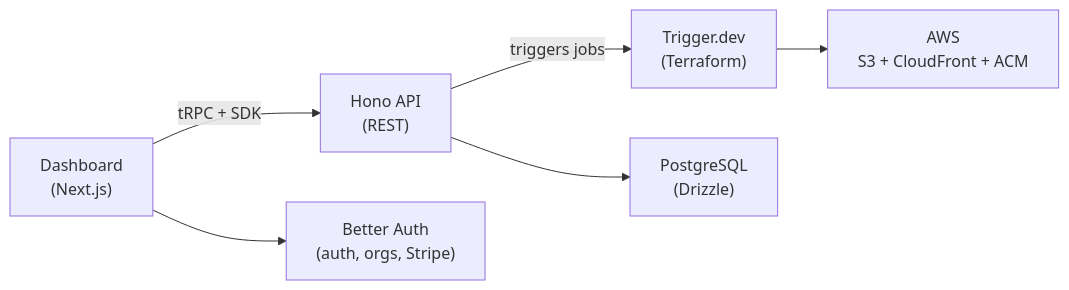
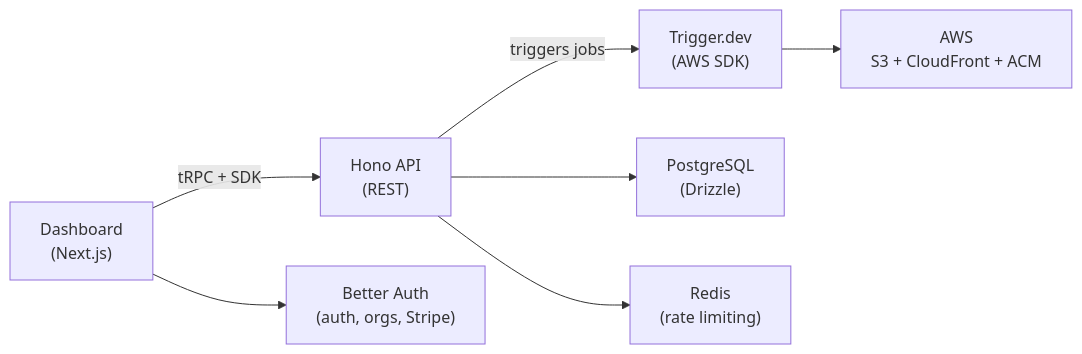
Before and after one commit to joaopcm/buckt: the diagram in README.md, drawn with Mermaid. The commit also changed other lines of this file and 17 other files, not shown here.

````diff
--- a/README.md
+++ b/README.md
@@ -15,8 +15,9 @@
 ```mermaid
 graph LR
   Dashboard["Dashboard<br/>(Next.js)"] -->|tRPC + SDK| API["Hono API<br/>(REST)"]
-  API -->|triggers jobs| Trigger["Trigger.dev<br/>(Terraform)"]
+  API -->|triggers jobs| Trigger["Trigger.dev<br/>(AWS SDK)"]
   Dashboard --> Auth["Better Auth<br/>(auth, orgs, Stripe)"]
   API --> DB["PostgreSQL<br/>(Drizzle)"]
+  API --> Redis["Redis<br/>(rate limiting)"]
   Trigger --> AWS["AWS<br/>S3 + CloudFront + ACM"]
 ```
````
